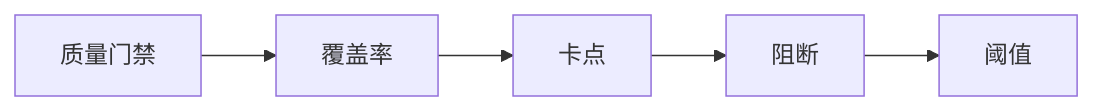
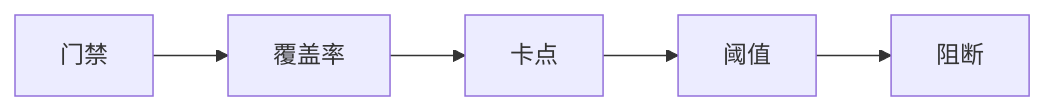
The diagram in 基础知识/CI-CD/质量门禁与测试卡点.md (tghrxxxyyy/knowledge-base), drawn with Mermaid before and after one commit. The commit also changed other lines of this file and 385 other files, not shown here.

````diff
--- a/基础知识/CI-CD/质量门禁与测试卡点.md
+++ b/基础知识/CI-CD/质量门禁与测试卡点.md
@@ -19,9 +19,9 @@
 ```mermaid
 flowchart LR
-    A[质量门禁]
+    A[门禁]
     B[覆盖率]
     C[卡点]
-    D[阻断]
-    E[阈值]
+    D[阈值]
+    E[阻断]
     A --> B --> C --> D --> E
 ```
````
